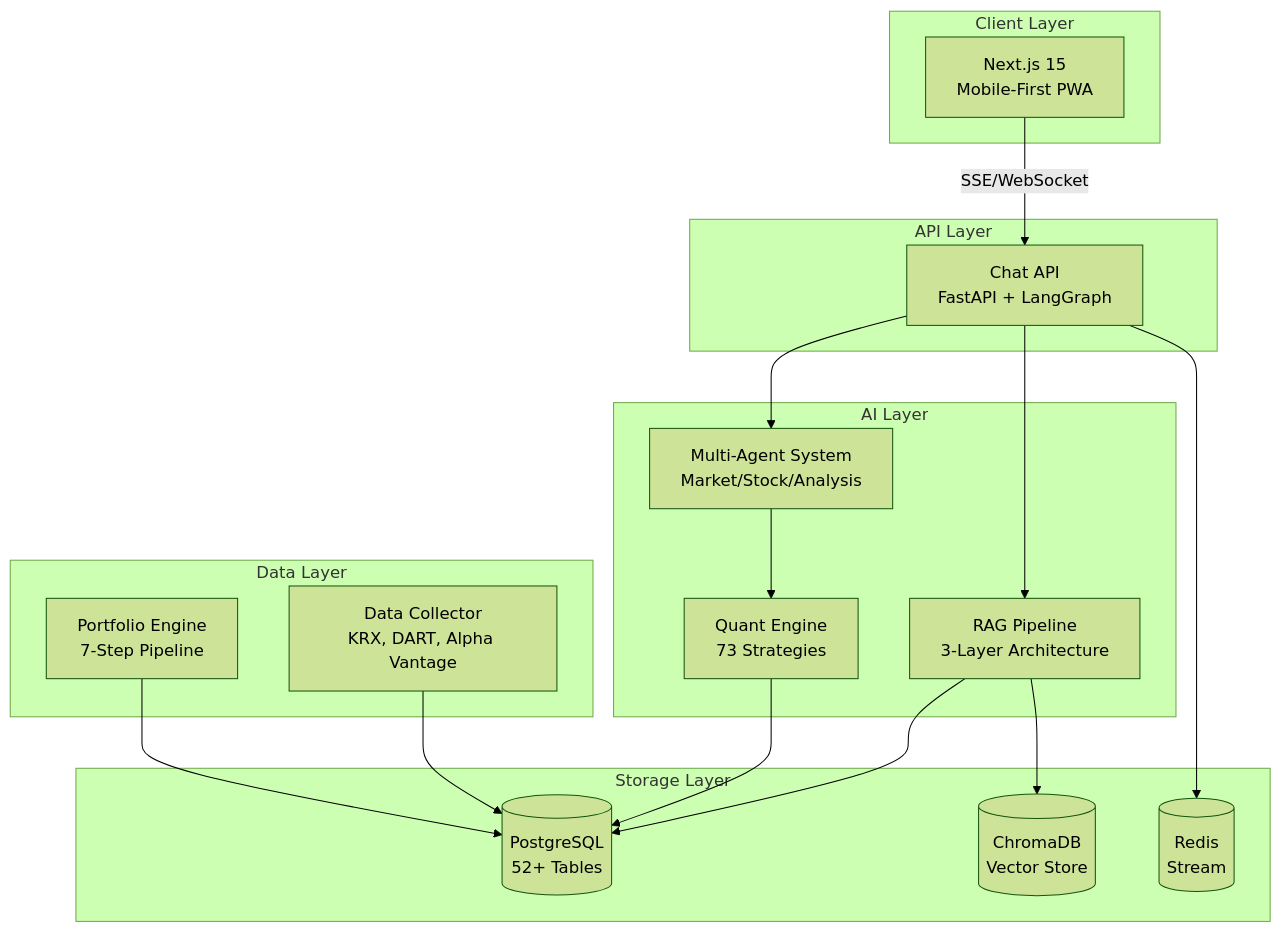
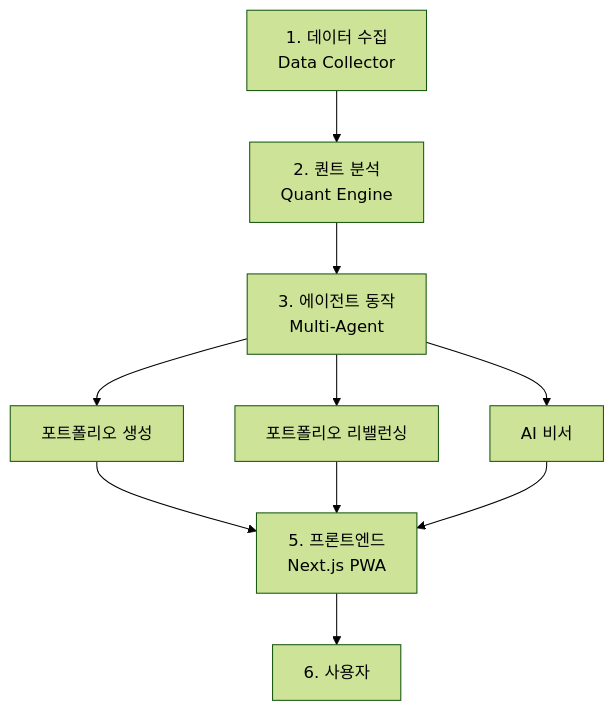
Before and after one commit to vinjung/alphafolio_overview: the third of 8 diagrams in README.md, drawn with Mermaid (forest theme). The commit also changed other lines of this file, not shown here.

First line of the commit message:
docs: Add database schema ERD diagrams

````diff
--- a/README.md
+++ b/README.md
@@ -143,38 +144,15 @@
 ```mermaid
 flowchart TB
-    subgraph Client[Client Layer]
-        Web[Next.js 15<br/>Mobile-First PWA]
-    end
+    A[1. 데이터 수집<br/>Data Collector] --> B[2. 퀀트 분석<br/>Quant Engine]
+    B --> C[3. 에이전트 동작<br/>Multi-Agent]
 
-    subgraph API[API Layer]
-        ChatAPI[Chat API<br/>FastAPI + LangGraph]
-    end
+    C --> D[포트폴리오 생성]
+    C --> E[포트폴리오 리밸런싱]
+    C --> F[AI 비서]
 
-    subgraph AI[AI Layer]
-        RAG[RAG Pipeline<br/>3-Layer Architecture]
-        Agents[Multi-Agent System<br/>Market/Stock/Analysis]
-        Quant[Quant Engine<br/>73 Strategies]
-    end
+    D --> G[5. 프론트엔드<br/>Next.js PWA]
+    E --> G
+    F --> G
 
-    subgraph Data[Data Layer]
-        Collector[Data Collector<br/>KRX, DART, Alpha Vantage]
-        Portfolio[Portfolio Engine<br/>7-Step Pipeline]
-    end
-
-    subgraph Storage[Storage Layer]
-        PG[(PostgreSQL<br/>52+ Tables)]
-        Chroma[(ChromaDB<br/>Vector Store)]
-        Redis[(Redis<br/>Stream)]
-    end
-
-    Web -->|SSE/WebSocket| ChatAPI
-    ChatAPI --> RAG
-    ChatAPI --> Agents
-    RAG --> PG
-    RAG --> Chroma
-    Agents --> Quant
-    Quant --> PG
-    Collector --> PG
-    Portfolio --> PG
-    ChatAPI --> Redis
+    G --> H[6. 사용자]
 ```
````
